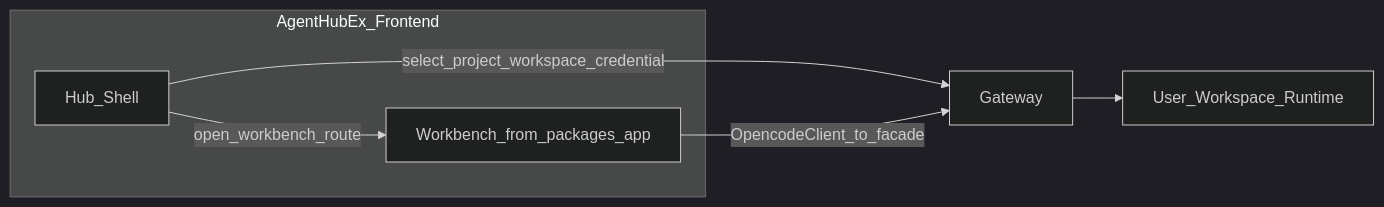
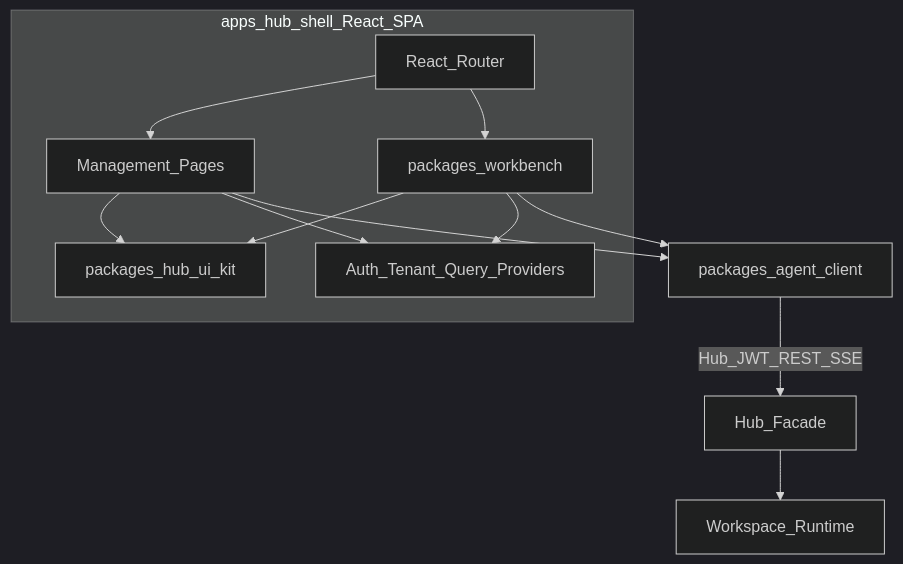
One commit to JackLuguibin/AgentHubEx changed the sixth of 6 diagrams in .cursor/plans/多租户_agent_平台_c205364b.plan.md. Above: the diagram before and after it, drawn with Mermaid (dark theme). The commit also changed other lines of this file and 18 other files, not shown here.

First line of the commit message:
docs: align architecture on React SPA, Drizzle, open-source, intranet

````diff
--- a/.cursor/plans/多租户_agent_平台_c205364b.plan.md
+++ b/.cursor/plans/多租户_agent_平台_c205364b.plan.md
@@ -593,11 +601,21 @@
 ```mermaid
-flowchart LR
-  subgraph fe [AgentHubEx_Frontend]
-    Shell[Hub_Shell]
-    WB[Workbench_from_packages_app]
+flowchart TB
+  subgraph spa [apps_hub_shell_React_SPA]
+    Router[React_Router]
+    Providers[Auth_Tenant_Query_Providers]
+    ShellPages[Management_Pages]
+    WB[packages_workbench]
+    UIKit[packages_hub_ui_kit]
   end
-  Shell -->|"select_project_workspace_credential"| Gateway
-  Shell -->|"open_workbench_route"| WB
-  WB -->|"OpencodeClient_to_facade"| Gateway
-  Gateway --> Runtime[User_Workspace_Runtime]
+  AgentClient[packages_agent_client]
+  Router --> ShellPages
+  Router --> WB
+  ShellPages --> UIKit
+  WB --> UIKit
+  ShellPages --> Providers
+  WB --> Providers
+  WB --> AgentClient
+  ShellPages --> AgentClient
+  AgentClient -->|"Hub_JWT_REST_SSE"| Gateway[Hub_Facade]
+  Gateway --> Runtime[Workspace_Runtime]
 ```
````
